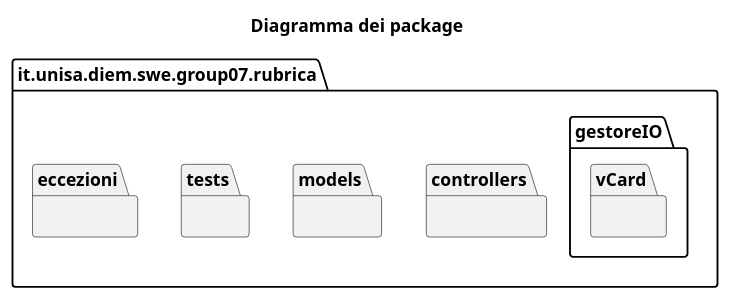
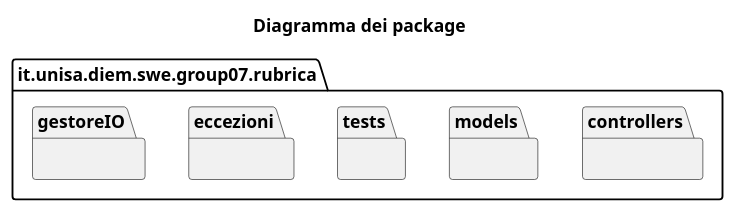
The diagram in docs/bozze/Diagrammi/Package/DiagrammiPackage.puml (emanueletocci/uni-swe-project), drawn with PlantUML before and after one commit.

```diff
--- a/docs/bozze/Diagrammi/Package/DiagrammiPackage.puml
+++ b/docs/bozze/Diagrammi/Package/DiagrammiPackage.puml
@@ -1,13 +1,10 @@
 @startuml
     title "Diagramma dei package"
     set separator none
     package it.unisa.diem.swe.group07.rubrica {
         package controllers{}
         package models {}
         package tests {}
         package eccezioni {}
-        package gestoreIO {
-            package vCard{}
-        }
-    }
+        package gestoreIO {}
 @enduml
```
